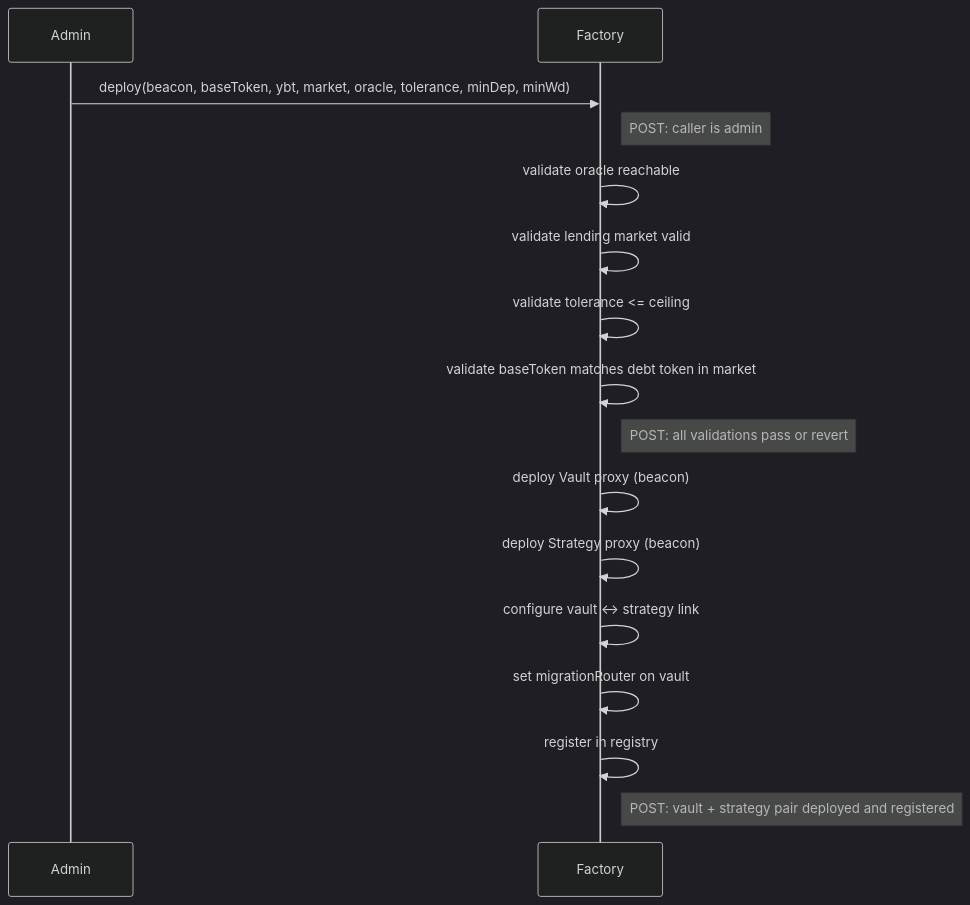
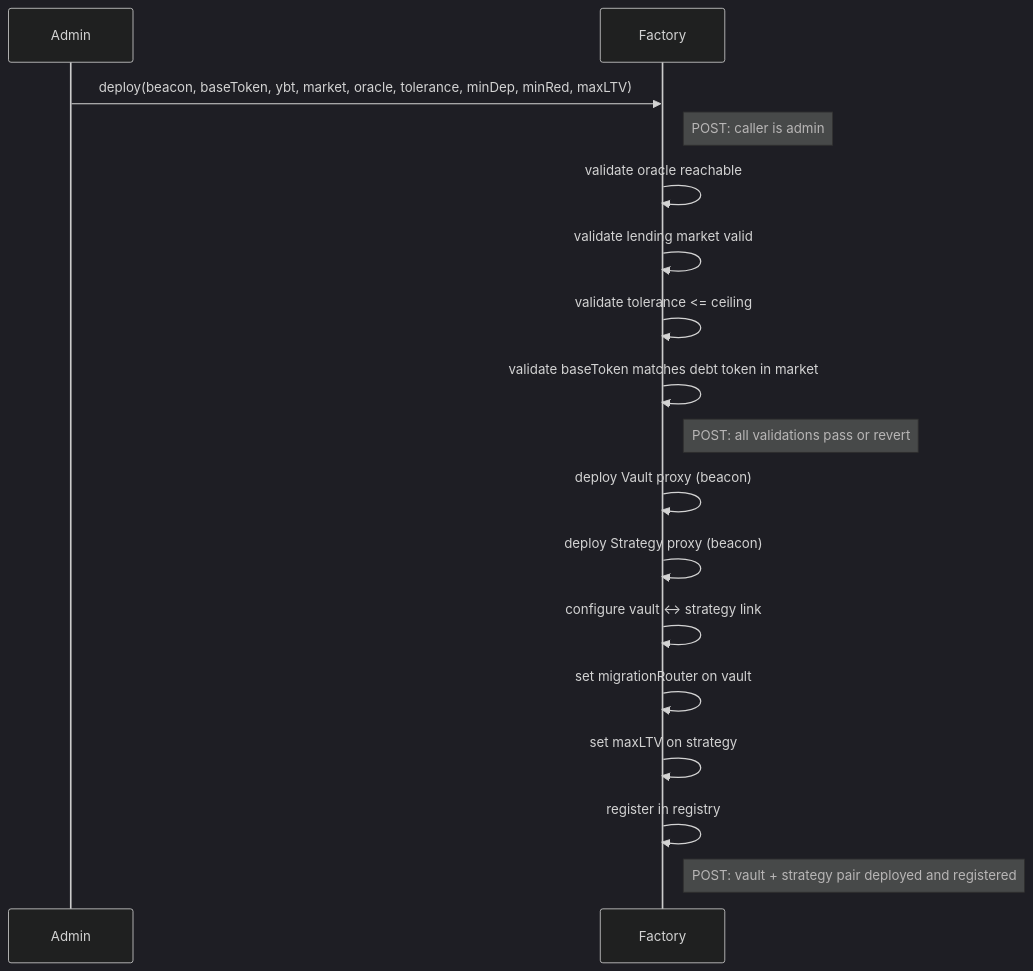
Diagram 17 of 17 in docs/architecture/call-diagrams.md (evgenynacu/leverage-vaults), drawn with Mermaid (dark theme) before and after one commit. The commit also changed other lines of this file and 10 other files, not shown here.

````diff
--- a/docs/architecture/call-diagrams.md
+++ b/docs/architecture/call-diagrams.md
@@ -292,16 +326,17 @@
 ```mermaid
 sequenceDiagram
-    Admin->>Factory: deploy(beacon, baseToken, ybt, market, oracle, tolerance, minDep, minWd)
+    Admin->>Factory: deploy(beacon, baseToken, ybt, market, oracle, tolerance, minDep, minRed, maxLTV)
     note right of Factory: POST: caller is admin
     Factory->>Factory: validate oracle reachable
     Factory->>Factory: validate lending market valid
     Factory->>Factory: validate tolerance <= ceiling
     Factory->>Factory: validate baseToken matches debt token in market
     note right of Factory: POST: all validations pass or revert
     Factory->>Factory: deploy Vault proxy (beacon)
     Factory->>Factory: deploy Strategy proxy (beacon)
     Factory->>Factory: configure vault <-> strategy link
     Factory->>Factory: set migrationRouter on vault
+    Factory->>Factory: set maxLTV on strategy
     Factory->>Factory: register in registry
     note right of Factory: POST: vault + strategy pair deployed and registered
 ```
````
